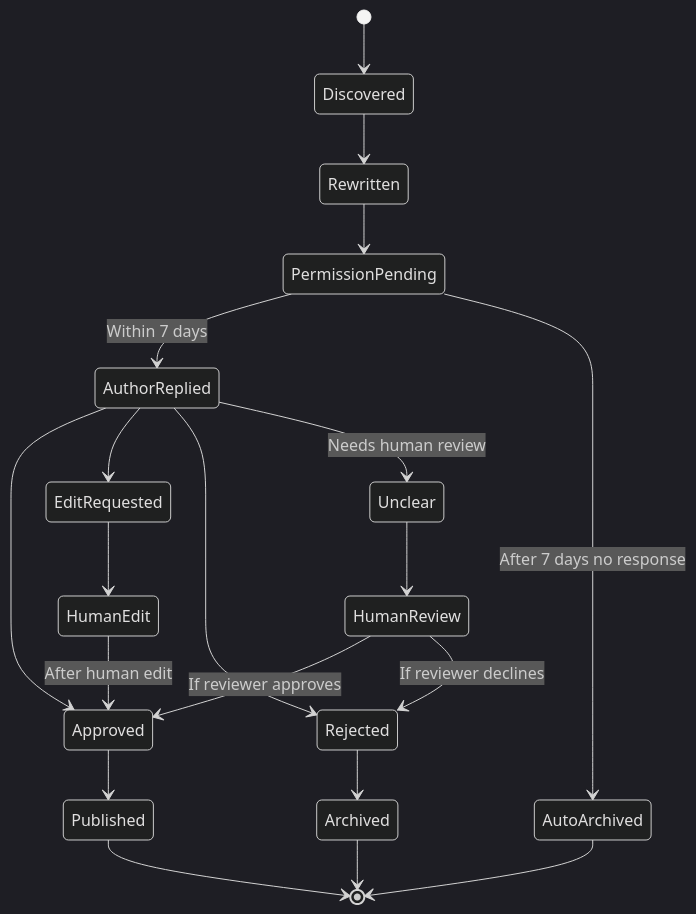
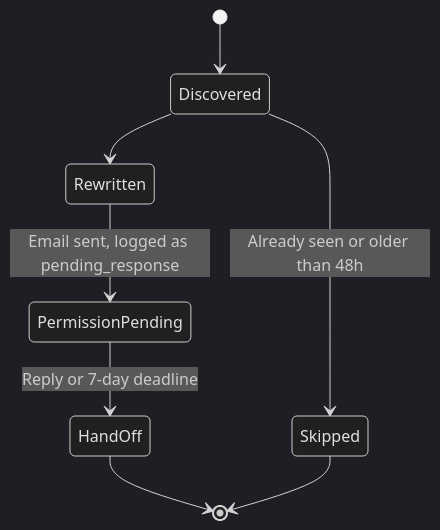
The fourth of 4 diagrams in marketing-lead-engine/architecture.md (khaledabdelaziz1330-dot/Khaled-AI-Automation-Portfolio), drawn with Mermaid (dark theme) before and after one commit. The commit also changed other lines of this file and 50 other files, not shown here.

````diff
--- a/marketing-lead-engine/architecture.md
+++ b/marketing-lead-engine/architecture.md
@@ -117,22 +105,10 @@
 ```mermaid
 stateDiagram-v2
     [*] --> Discovered
+    Discovered --> Skipped: Already seen or older than 48h
     Discovered --> Rewritten
-    Rewritten --> PermissionPending
-    PermissionPending --> AuthorReplied: Within 7 days
-    PermissionPending --> AutoArchived: After 7 days no response
-    AuthorReplied --> Approved
-    AuthorReplied --> EditRequested
-    AuthorReplied --> Rejected
-    AuthorReplied --> Unclear: Needs human review
-    Approved --> Published
-    EditRequested --> HumanEdit
-    HumanEdit --> Approved: After human edit
-    Unclear --> HumanReview
-    HumanReview --> Approved: If reviewer approves
-    HumanReview --> Rejected: If reviewer declines
-    Rejected --> Archived
-    Published --> [*]
-    AutoArchived --> [*]
-    Archived --> [*]
+    Rewritten --> PermissionPending: Email sent, logged as pending_response
+    PermissionPending --> HandOff: Reply or 7-day deadline
+    HandOff --> [*]
+    Skipped --> [*]
 ```
````
